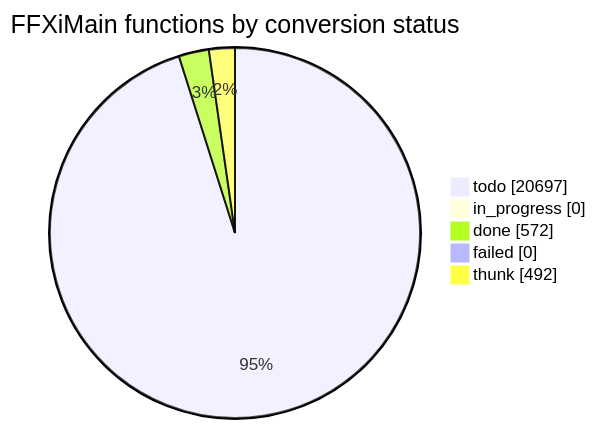
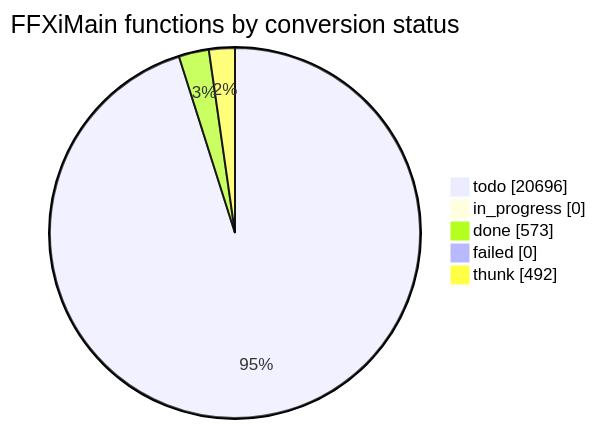
The diagram in docs/cow/STATUS.md (cowrevenge/cow_kuluu_xi_anything), drawn with Mermaid before and after one commit. The commit also changed other lines of this file and 9 other files, not shown here.

````diff
--- a/docs/cow/STATUS.md
+++ b/docs/cow/STATUS.md
@@ -18,9 +18,9 @@
 ```mermaid
 pie showData
     title FFXiMain functions by conversion status
-    "todo" : 20697
+    "todo" : 20696
     "in_progress" : 0
-    "done" : 572
+    "done" : 573
     "failed" : 0
     "thunk" : 492
 ```
````
